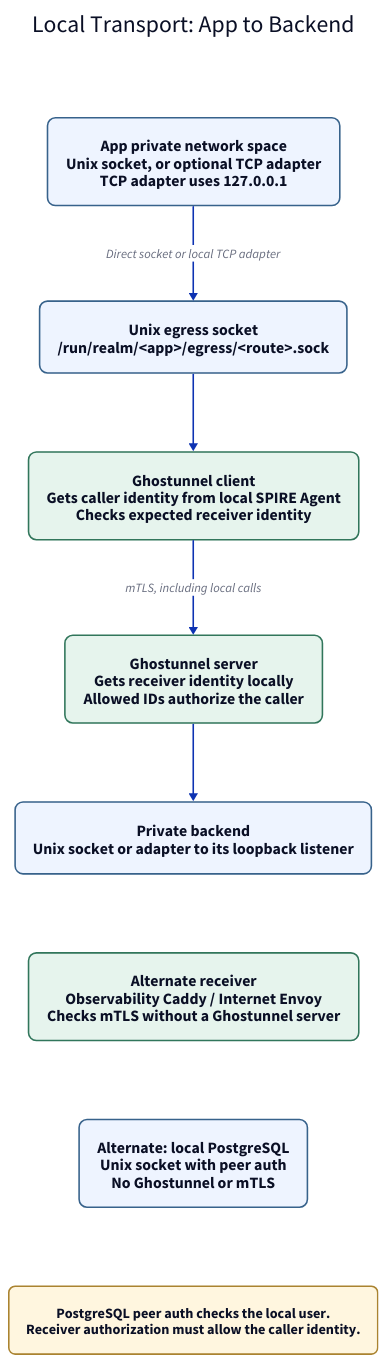
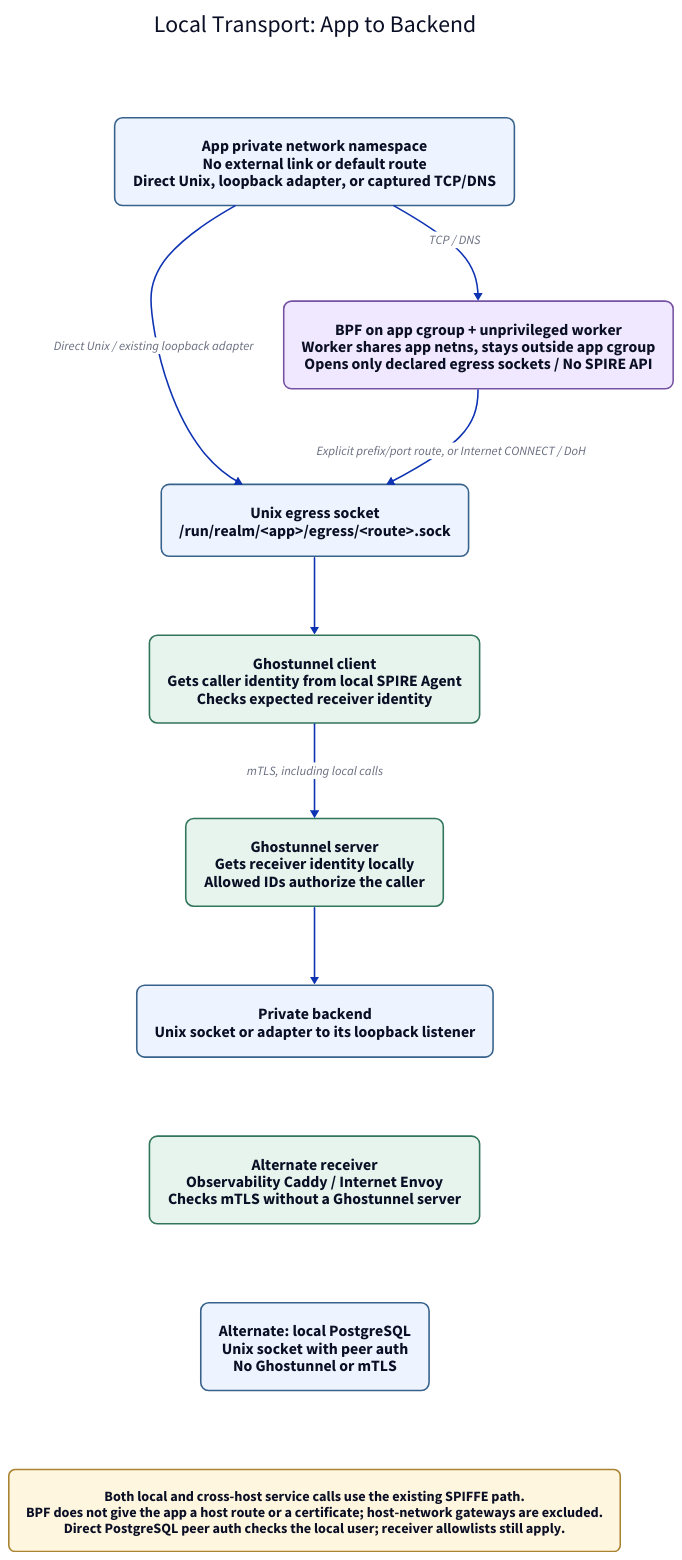
One commit to oluceps/nixos-config changed the diagram in layout/local-transport.d2. Above: the diagram before and after it, drawn with D2. The commit also changed 11 other files, not shown here.

Commit message:
docs(realm): update architecture diagrams for transparent agent

```diff
--- a/layout/local-transport.d2
+++ b/layout/local-transport.d2
@@ -1,26 +1,30 @@
 direction: down
 vars: { d2-config: { theme-id: 0 } }
 classes: {
   node: { style: { fill: "#eef4ff"; stroke: "#37628b"; border-radius: 10; font-size: 20 } }
   gateway: { style: { fill: "#e6f4ed"; stroke: "#31765b"; border-radius: 10; font-size: 20 } }
+  agent: { style: { fill: "#f0e8ff"; stroke: "#7652a2"; border-radius: 10; font-size: 20 } }
   note: { style: { fill: "#fff6df"; stroke: "#aa8330"; border-radius: 8; font-size: 18 } }
 }
 title: "Local Transport: App to Backend" { shape: text; style.font-size: 30 }
-app: "App private network space\nUnix socket, or optional TCP adapter\nTCP adapter uses 127.0.0.1" { class: node }
+app: "App private network namespace\nNo external link or default route\nDirect Unix, loopback adapter, or captured TCP/DNS" { class: node }
 socket: "Unix egress socket\n/run/realm/<app>/egress/<route>.sock" { class: node }
 client: "Ghostunnel client\nGets caller identity from local SPIRE Agent\nChecks expected receiver identity" { class: gateway }
 server: "Ghostunnel server\nGets receiver identity locally\nAllowed IDs authorize the caller" { class: gateway }
 backend: "Private backend\nUnix socket or adapter to its loopback listener" { class: node }
-app -> socket: "Direct socket or local TCP adapter"
+capture: "BPF on app cgroup + unprivileged worker\nWorker shares app netns, stays outside app cgroup\nOpens only declared egress sockets / No SPIRE API" { class: agent }
+app -> socket: "Direct Unix / existing loopback adapter"
+app -> capture: "TCP / DNS"
+capture -> socket: "Explicit prefix/port route, or Internet CONNECT / DoH"
 socket -> client
 client -> server: "mTLS, including local calls"
 server -> backend
 native: "Alternate receiver\nObservability Caddy / Internet Envoy\nChecks mTLS without a Ghostunnel server" { class: gateway }
 peer: "Alternate: local PostgreSQL\nUnix socket with peer auth\nNo Ghostunnel or mTLS" { class: node }
-note: "PostgreSQL peer auth checks the local user.\nReceiver authorization must allow the caller identity." { class: note }
+note: "Both local and cross-host service calls use the existing SPIFFE path.\nBPF does not give the app a host route or a certificate; host-network gateways are excluded.\nDirect PostgreSQL peer auth checks the local user; receiver allowlists still apply." { class: note }
 
 # Invisible edges place title, alternates, and note on separate rows.
 title -> app: { style.opacity: 0 }
 backend -> native: { style.opacity: 0 }
 native -> peer: { style.opacity: 0 }
 peer -> note: { style.opacity: 0 }
```
